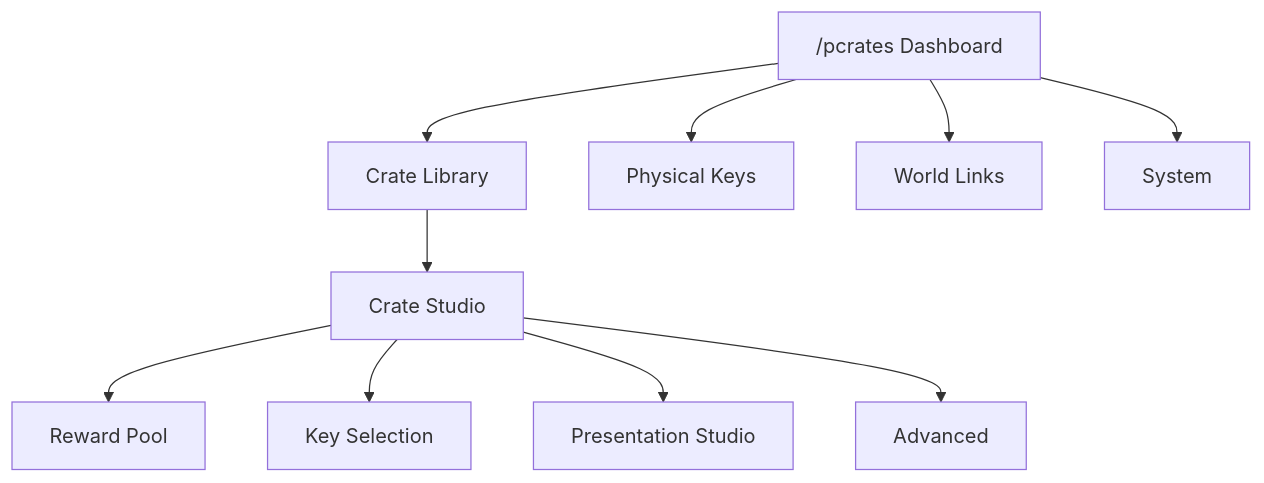
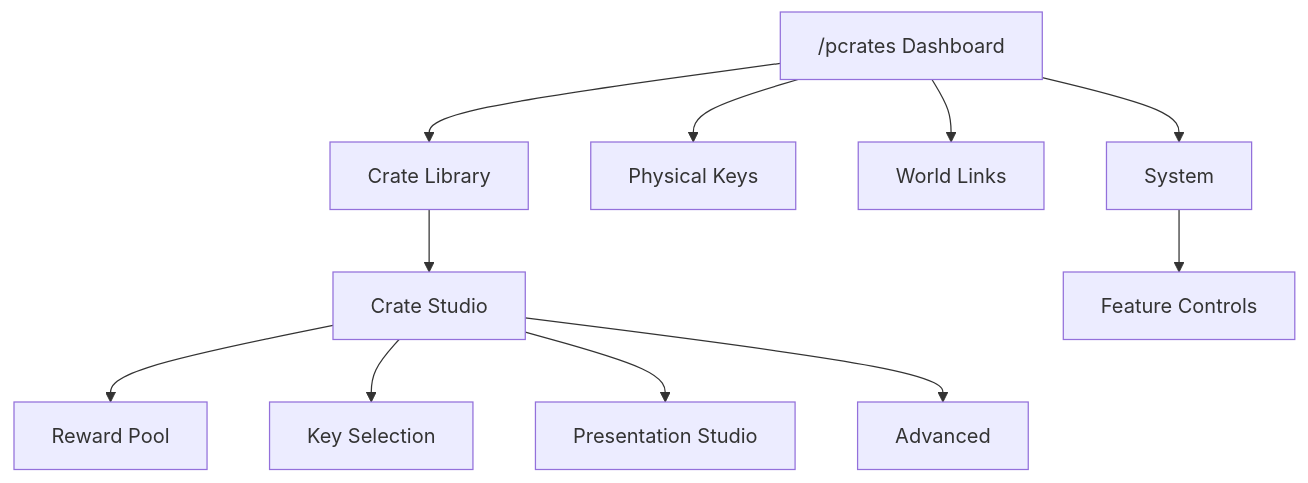
Before and after one commit to ZpkDxGames/PlexonCrates: the second of 3 diagrams in PlexonCrates_3.0_Implementation_Specification.md, drawn with Mermaid. The commit also changed other lines of this file and 12 other files, not shown here.

````diff
--- a/PlexonCrates_3.0_Implementation_Specification.md
+++ b/PlexonCrates_3.0_Implementation_Specification.md
@@ -520,12 +682,13 @@
 ```mermaid
 flowchart TD
     A["/pcrates Dashboard"] --> B["Crate Library"]
     A --> C["Physical Keys"]
     A --> D["World Links"]
     A --> E["System"]
     B --> F["Crate Studio"]
     F --> G["Reward Pool"]
     F --> H["Key Selection"]
     F --> I["Presentation Studio"]
     F --> J["Advanced"]
+    E --> K["Feature Controls"]
 ```
````
